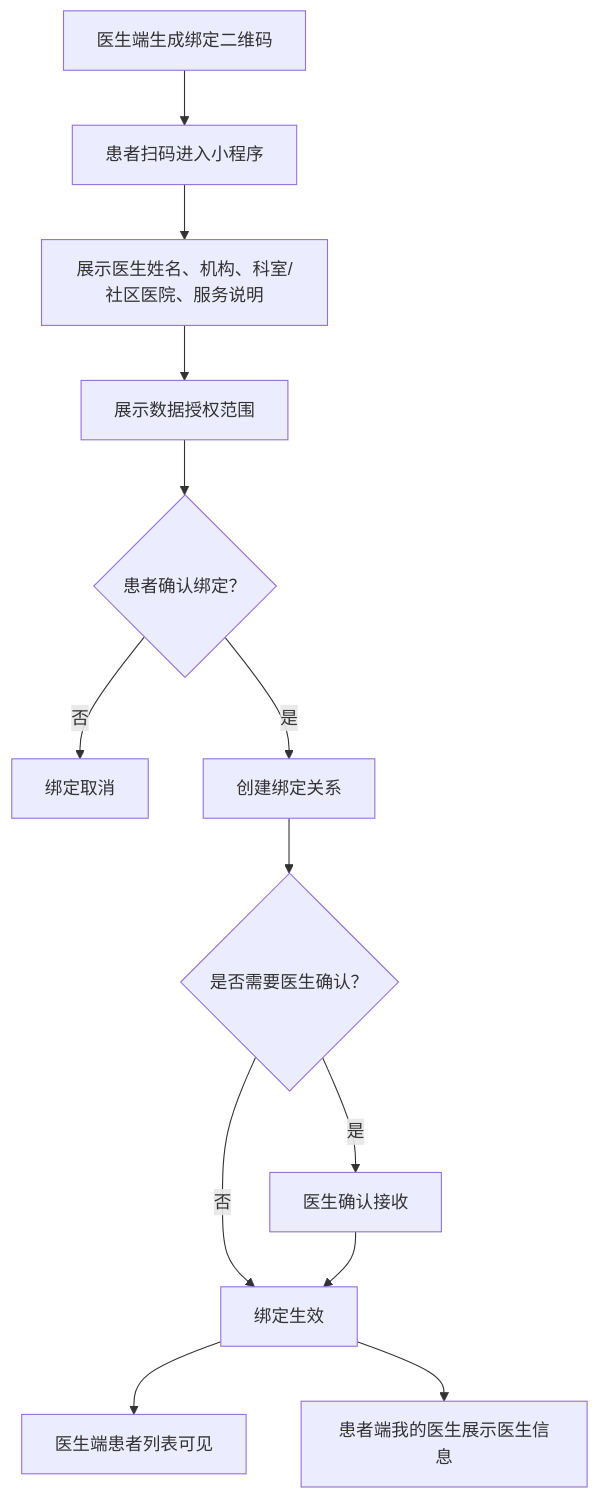
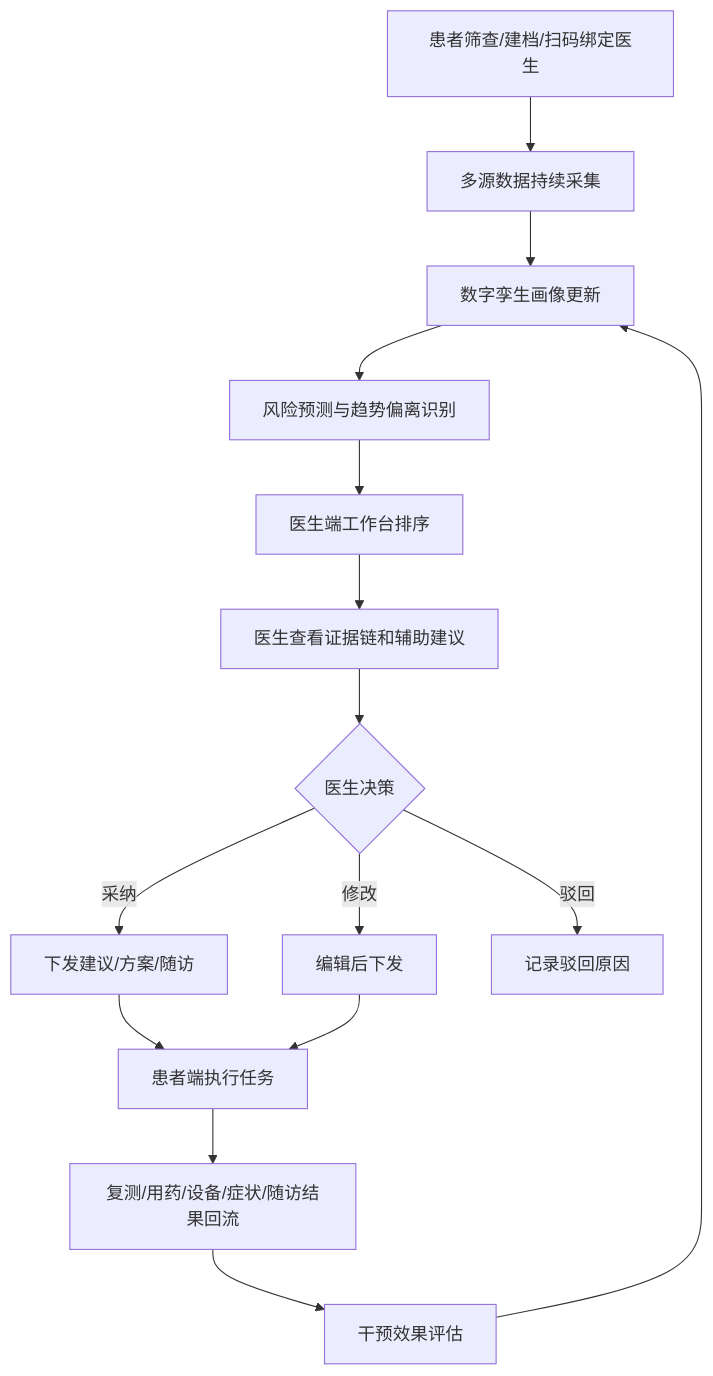
The first of 2 diagrams in docs/医生PC端PRD.md (supersuperman666/twin), drawn with Mermaid before and after one commit. The commit also changed other lines of this file, not shown here.

````diff
--- a/docs/医生PC端PRD.md
+++ b/docs/医生PC端PRD.md
@@ -81,15 +53,17 @@
 ```mermaid
 flowchart TD
-  A["医生端生成绑定二维码"] --> B["患者扫码进入小程序"]
-  B --> C["展示医生姓名、机构、科室/社区医院、服务说明"]
-  C --> D["展示数据授权范围"]
-  D --> E{"患者确认绑定？"}
-  E -->|否| F["绑定取消"]
-  E -->|是| G["创建绑定关系"]
-  G --> H{"是否需要医生确认？"}
-  H -->|是| I["医生确认接收"]
-  H -->|否| J["绑定生效"]
-  I --> J
-  J --> K["医生端患者列表可见"]
-  J --> L["患者端我的医生展示医生信息"]
+  A["患者筛查/建档/扫码绑定医生"] --> B["多源数据持续采集"]
+  B --> C["数字孪生画像更新"]
+  C --> D["风险预测与趋势偏离识别"]
+  D --> E["医生端工作台排序"]
+  E --> F["医生查看证据链和辅助建议"]
+  F --> G{"医生决策"}
+  G -->|采纳| H["下发建议/方案/随访"]
+  G -->|修改| I["编辑后下发"]
+  G -->|驳回| J["记录驳回原因"]
+  H --> K["患者端执行任务"]
+  I --> K
+  K --> L["复测/用药/设备/症状/随访结果回流"]
+  L --> M["干预效果评估"]
+  M --> C
 ```
````
